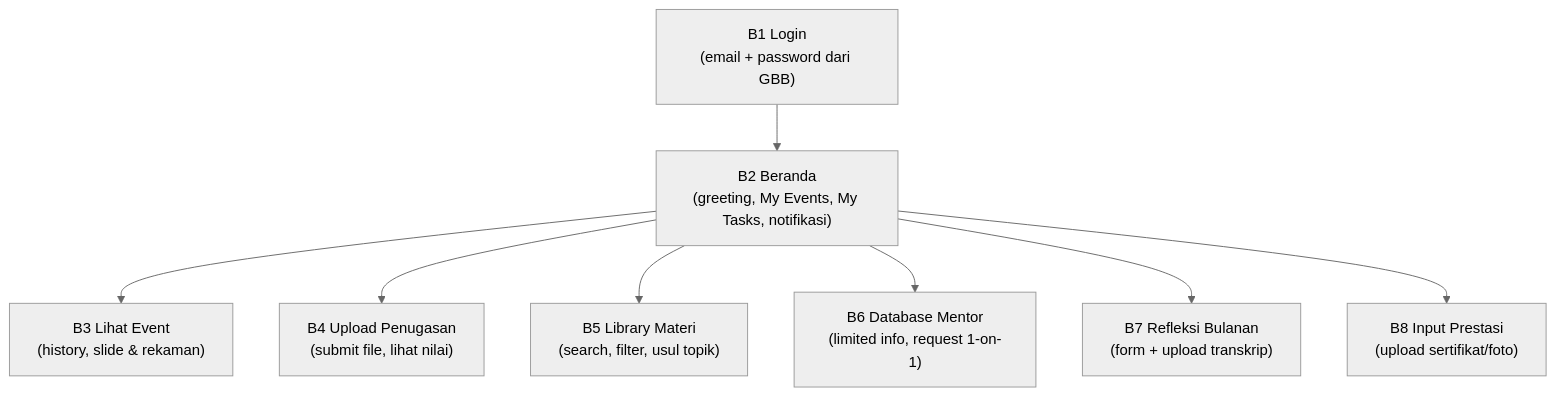
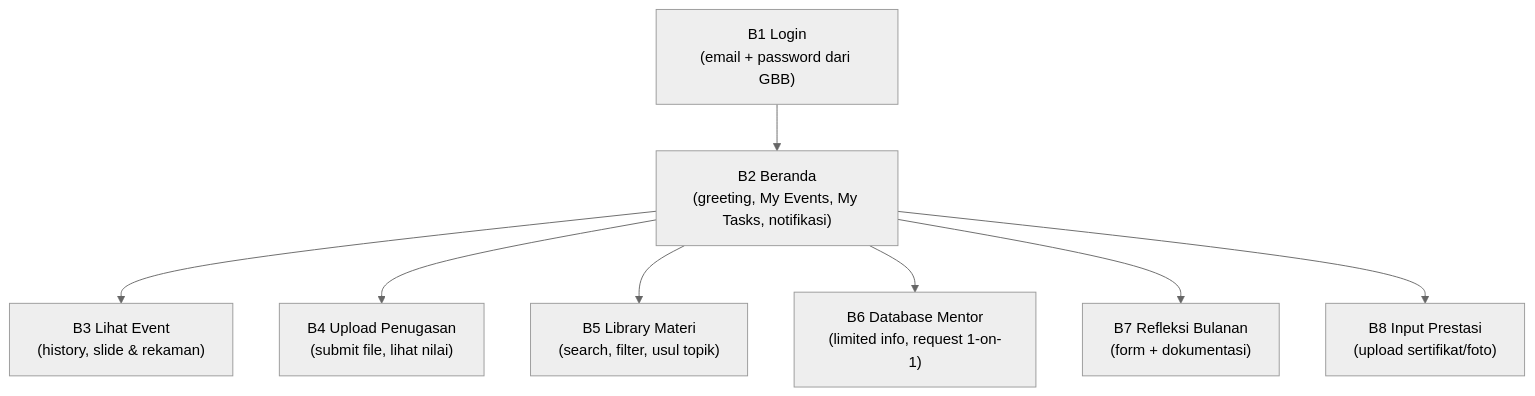
One commit to fathanqarieba/portal-gbb-v2 changed the second of 3 diagrams in implementation_plan.md. Above: the diagram before and after it, drawn with Mermaid (neutral theme). The commit also changed other lines of this file and 6 other files, not shown here.

````diff
--- a/implementation_plan.md
+++ b/implementation_plan.md
@@ -133,19 +135,19 @@
 ```mermaid
 flowchart TD
     E1["B1 Login\n(email + password dari GBB)"]
     E2["B2 Beranda\n(greeting, My Events, My Tasks, notifikasi)"]
     E3["B3 Lihat Event\n(history, slide & rekaman)"]
     E4["B4 Upload Penugasan\n(submit file, lihat nilai)"]
     E5["B5 Library Materi\n(search, filter, usul topik)"]
     E6["B6 Database Mentor\n(limited info, request 1-on-1)"]
-    E7["B7 Refleksi Bulanan\n(form + upload transkrip)"]
+    E7["B7 Refleksi Bulanan\n(form + dokumentasi)"]
     E8["B8 Input Prestasi\n(upload sertifikat/foto)"]
 
     E1 --> E2
     E2 --> E3
     E2 --> E4
     E2 --> E5
     E2 --> E6
     E2 --> E7
     E2 --> E8
 ```
````
